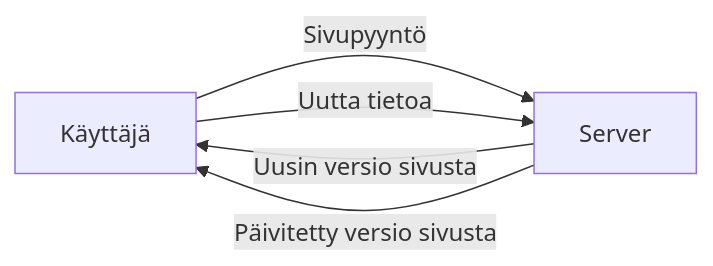
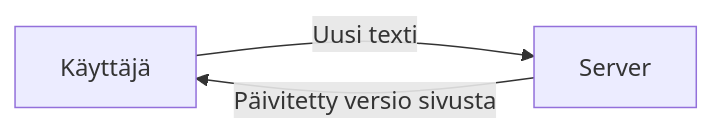
Before and after one commit to AA3171/palautus: the diagram in osa0/06.md, drawn with Mermaid.

````diff
--- a/osa0/06.md
+++ b/osa0/06.md
@@ -1,7 +1,5 @@
 ```mermaid
 flowchart LR;
-    Käyttäjä-->|Sivupyyntö|Server
-    Server-->|Uusin versio sivusta|Käyttäjä
-    Käyttäjä-->|Uutta tietoa|Server
+    Käyttäjä-->|Uusi texti|Server
     Server-->|Päivitetty versio sivusta|Käyttäjä
 ```
````
